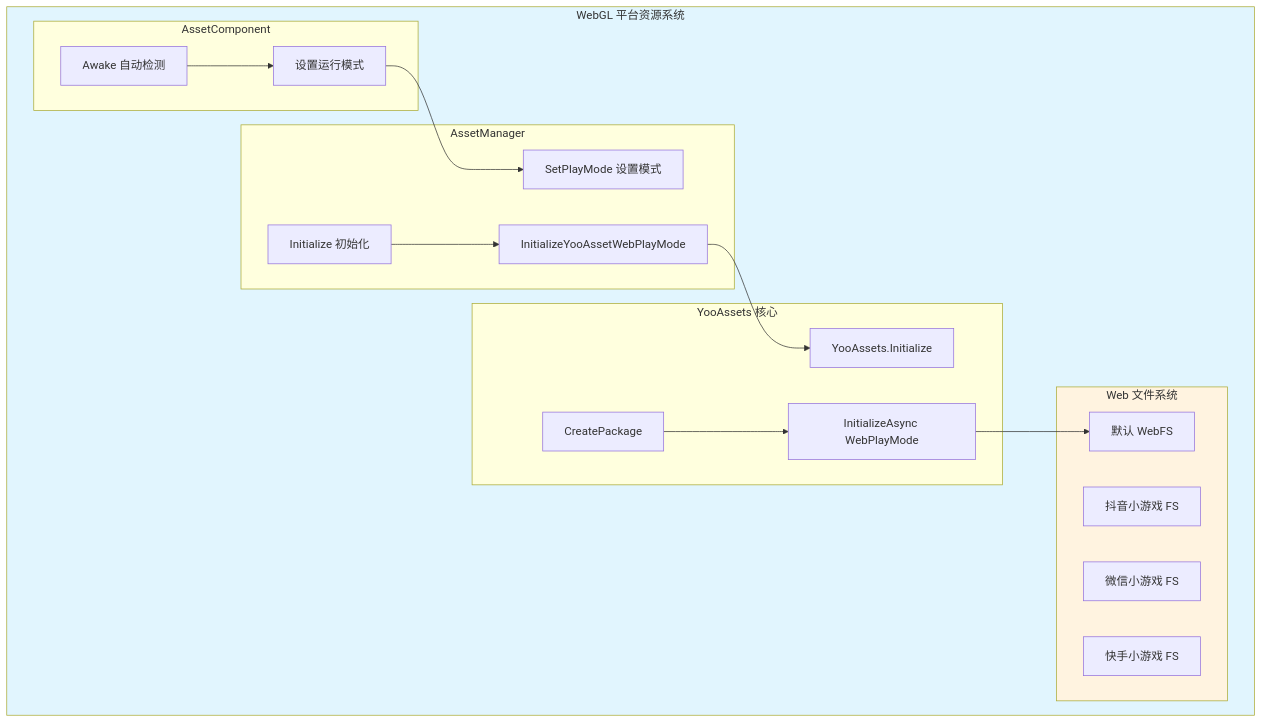
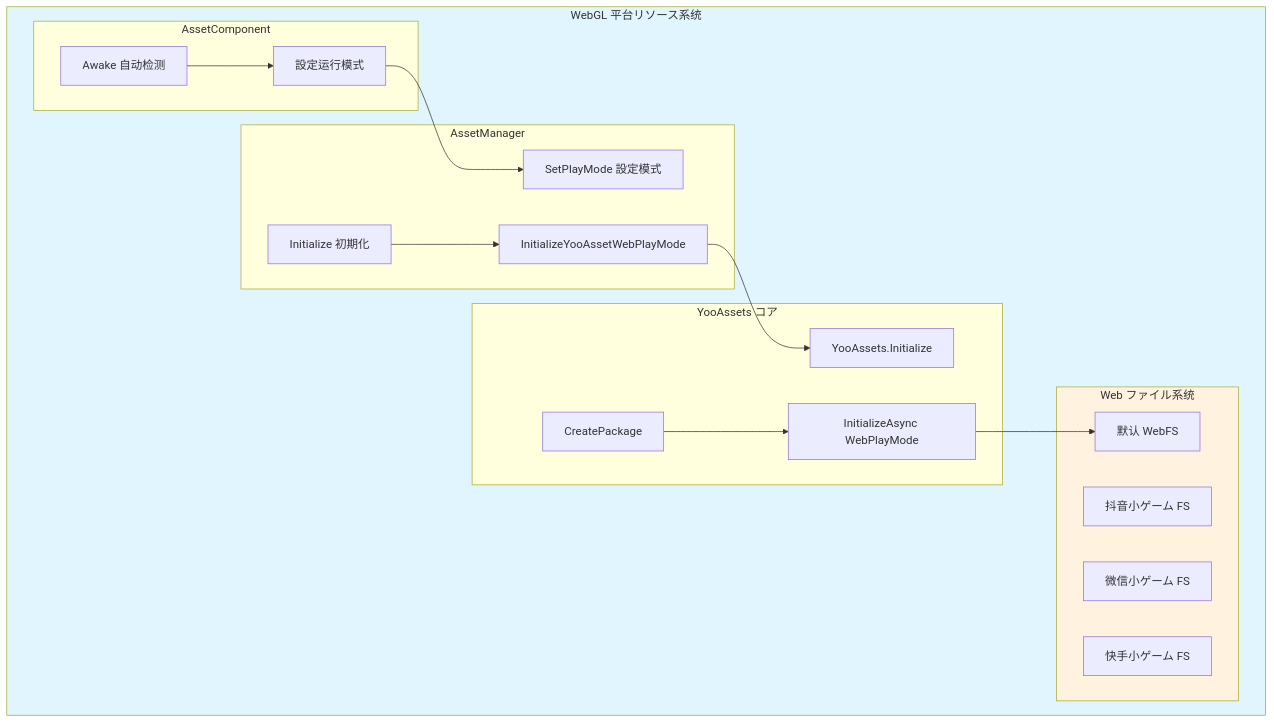
The first of 2 diagrams in docs/ja/client/unity/component/asset/17.webgl.md (AlianBlank/GameFrameX.Docs), drawn with Mermaid before and after one commit. The commit also changed other lines of this file and 603 other files, not shown here.

````diff
--- a/docs/ja/client/unity/component/asset/17.webgl.md
+++ b/docs/ja/client/unity/component/asset/17.webgl.md
@@ -17,38 +17,38 @@
 ```mermaid
 flowchart TD
-    subgraph WebGL_Platform["WebGL 平台资源系统"]
+    subgraph WebGL_Platform["WebGL 平台リソース系统"]
         subgraph AssetComponent["AssetComponent"]
             AC_Awake[Awake 自动检测]
-            AC_SetMode[设置运行模式]
+            AC_SetMode[設定运行模式]
         end
 
         subgraph AssetManager["AssetManager"]
-            AM_Init[Initialize 初始化]
-            AM_SetPlayMode[SetPlayMode 设置模式]
+            AM_Init[Initialize 初期化]
+            AM_SetPlayMode[SetPlayMode 設定模式]
             AM_InitWeb[InitializeYooAssetWebPlayMode]
         end
 
-        subgraph YooAssets["YooAssets 核心"]
+        subgraph YooAssets["YooAssets コア"]
             YA_Init[YooAssets.Initialize]
             YA_CreatePkg[CreatePackage]
             YA_InitWeb[InitializeAsync WebPlayMode]
         end
 
-        subgraph WebFileSystem["Web 文件系统"]
+        subgraph WebFileSystem["Web ファイル系统"]
             WFS_Default[默认 WebFS]
-            WFS_Douyin[抖音小游戏 FS]
-            WFS_WeChat[微信小游戏 FS]
-            WFS_KuaiShou[快手小游戏 FS]
+            WFS_Douyin[抖音小ゲーム FS]
+            WFS_WeChat[微信小ゲーム FS]
+            WFS_KuaiShou[快手小ゲーム FS]
         end
     end
 
     AC_Awake --> AC_SetMode
     AC_SetMode --> AM_SetPlayMode
     AM_Init --> AM_InitWeb
     AM_InitWeb --> YA_Init
     YA_CreatePkg --> YA_InitWeb
     YA_InitWeb --> WFS_Default
 
     style WebGL_Platform fill:#e1f5fe
     style WebFileSystem fill:#fff3e0
 ```
````
